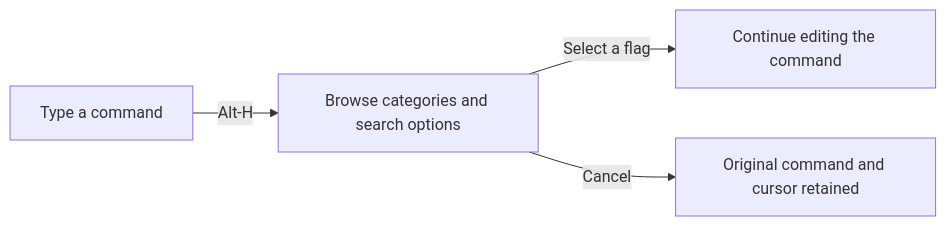
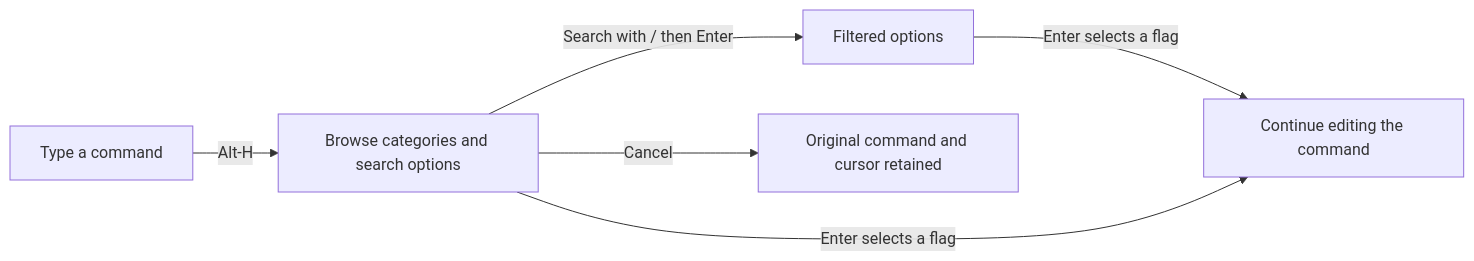
Before and after one commit to Usrnmna/CLI-InteractiveHelpMenu: the diagram in README.md, drawn with Mermaid. The commit also changed other lines of this file and 58 other files, not shown here.

````diff
--- a/README.md
+++ b/README.md
@@ -33,6 +33,8 @@
 ```mermaid
 flowchart LR
     A[Type a command] -->|Alt-H| B[Browse categories and search options]
-    B -->|Select a flag| C[Continue editing the command]
+    B -->|Search with / then Enter| F[Filtered options]
+    F -->|Enter selects a flag| C[Continue editing the command]
+    B -->|Enter selects a flag| C
     B -->|Cancel| D[Original command and cursor retained]
 ```
````
